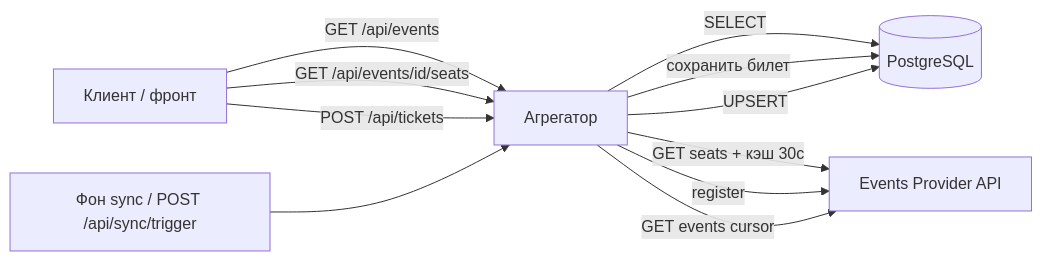
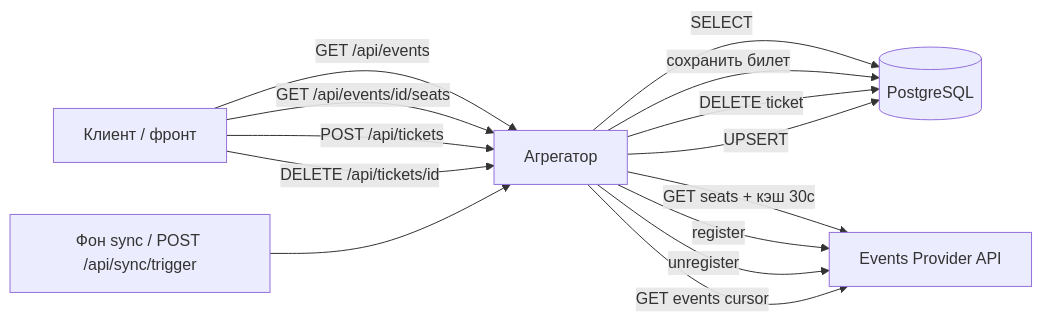
Before and after one commit to AveGeorges/EventsAPIAgregatorService: the diagram in README.md, drawn with Mermaid. The commit also changed other lines of this file and 19 other files, not shown here.

Commit message:
feat: add ticket registration and cancellation API

````diff
--- a/README.md
+++ b/README.md
@@ -76,22 +102,26 @@
 ```mermaid
 flowchart LR
   Client[Клиент / фронт]
   Agg[Агрегатор]
   DB[(PostgreSQL)]
   Prov[Events Provider API]
 
   Client -->|GET /api/events| Agg
   Agg -->|SELECT| DB
 
   Client -->|GET /api/events/id/seats| Agg
   Agg -->|GET seats + кэш 30с| Prov
 
   Client -->|POST /api/tickets| Agg
   Agg -->|register| Prov
   Agg -->|сохранить билет| DB
 
+  Client -->|DELETE /api/tickets/id| Agg
+  Agg -->|unregister| Prov
+  Agg -->|DELETE ticket| DB
+
   Worker[Фон sync / POST /api/sync/trigger]
   Worker --> Agg
   Agg -->|GET events cursor| Prov
   Agg -->|UPSERT| DB
 ```
````
